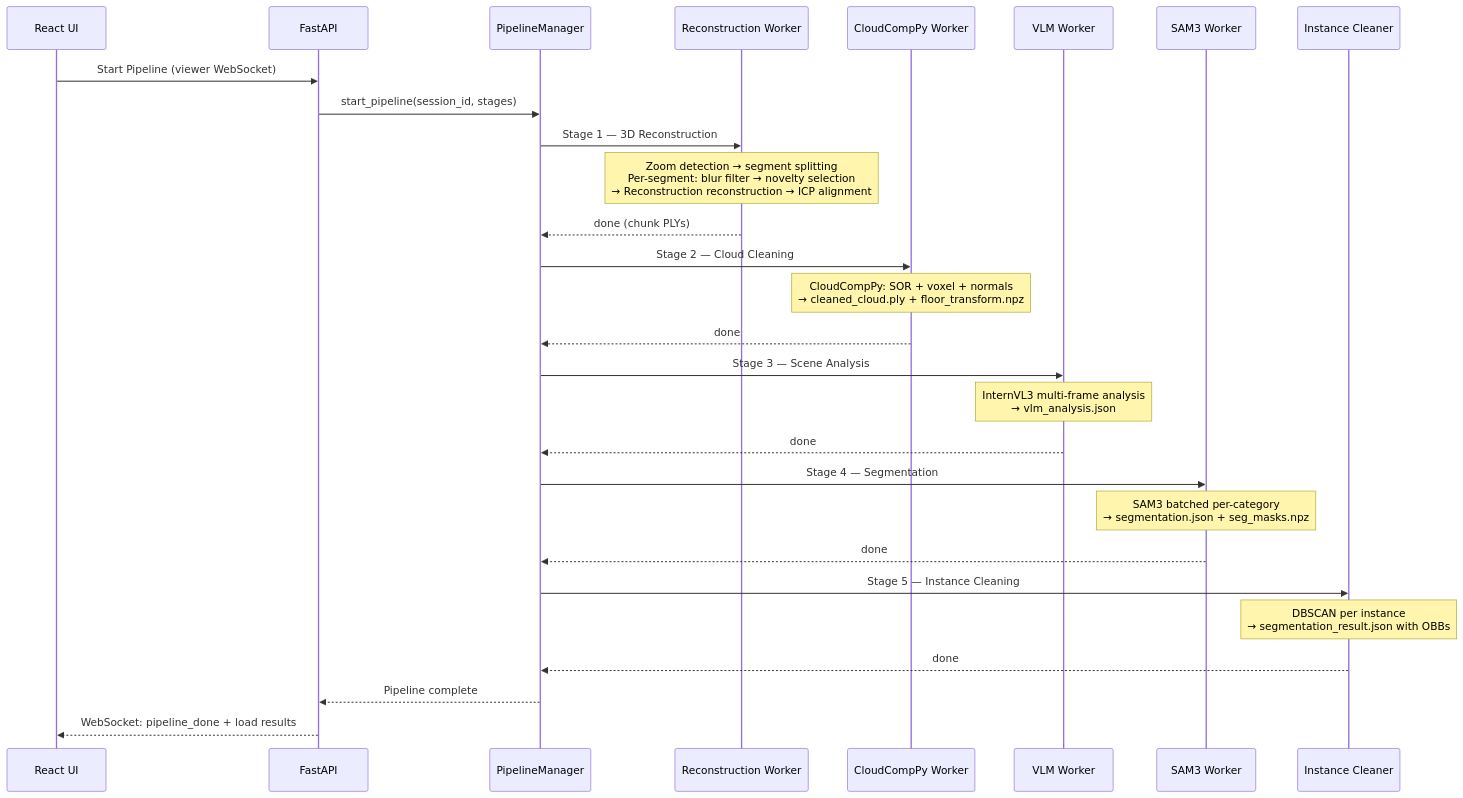
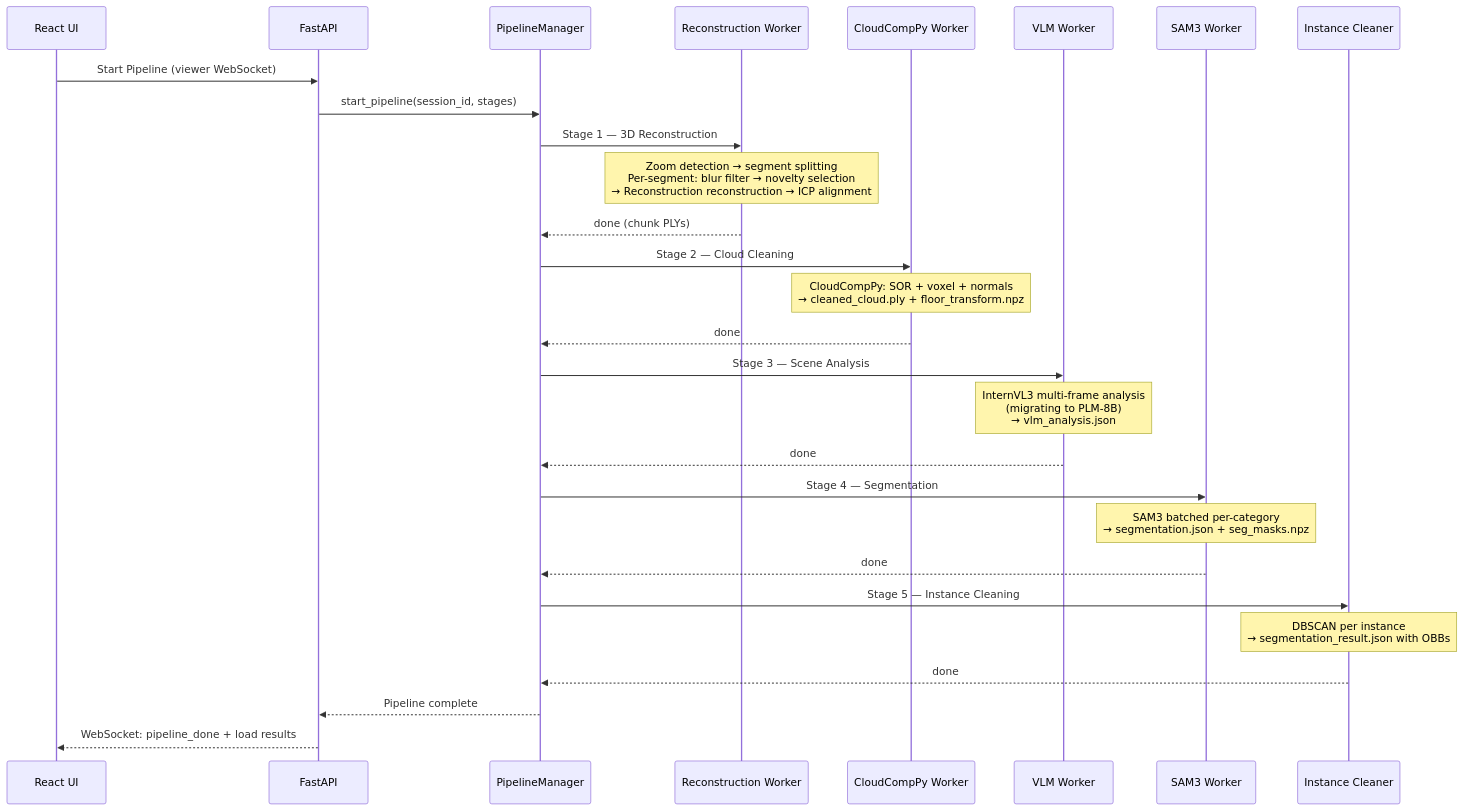
Before and after one commit to hernanbarreto/stac-build: the third of 3 diagrams in docs/ARCHITECTURE.md, drawn with Mermaid. The commit also changed other lines of this file and 22 other files, not shown here.

````diff
--- a/docs/ARCHITECTURE.md
+++ b/docs/ARCHITECTURE.md
@@ -214,37 +260,37 @@
 ```mermaid
 sequenceDiagram
     participant UI as React UI
     participant API as FastAPI
     participant PM as PipelineManager
     participant ReconstructionW as Reconstruction Worker
     participant CCW as CloudCompPy Worker
     participant VLMW as VLM Worker
     participant SAMW as SAM3 Worker
     participant ICW as Instance Cleaner
 
     UI->>API: Start Pipeline (viewer WebSocket)
     API->>PM: start_pipeline(session_id, stages)
 
     PM->>ReconstructionW: Stage 1 — 3D Reconstruction
     Note over ReconstructionW: Zoom detection → segment splitting<br/>Per-segment: blur filter → novelty selection<br/>→ Reconstruction reconstruction → ICP alignment
     ReconstructionW-->>PM: done (chunk PLYs)
 
     PM->>CCW: Stage 2 — Cloud Cleaning
     Note over CCW: CloudCompPy: SOR + voxel + normals<br/>→ cleaned_cloud.ply + floor_transform.npz
     CCW-->>PM: done
 
     PM->>VLMW: Stage 3 — Scene Analysis
-    Note over VLMW: InternVL3 multi-frame analysis<br/>→ vlm_analysis.json
+    Note over VLMW: InternVL3 multi-frame analysis<br/>(migrating to PLM-8B)<br/>→ vlm_analysis.json
     VLMW-->>PM: done
 
     PM->>SAMW: Stage 4 — Segmentation
     Note over SAMW: SAM3 batched per-category<br/>→ segmentation.json + seg_masks.npz
     SAMW-->>PM: done
 
     PM->>ICW: Stage 5 — Instance Cleaning
     Note over ICW: DBSCAN per instance<br/>→ segmentation_result.json with OBBs
     ICW-->>PM: done
 
     PM-->>API: Pipeline complete
     API-->>UI: WebSocket: pipeline_done + load results
 ```
````
